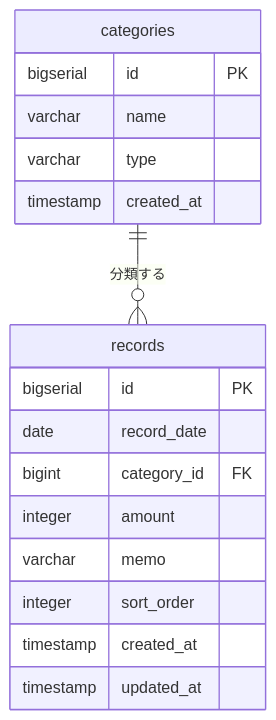
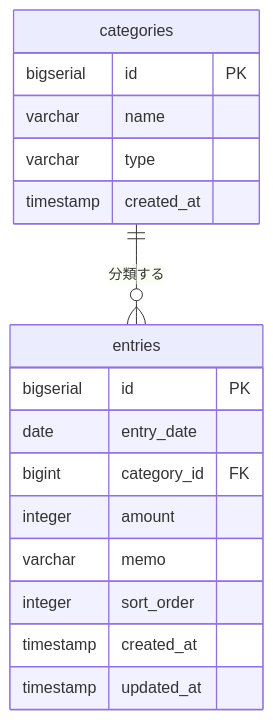
Before and after one commit to tabata-kodai1/kakeibo-app-1: the diagram in docs/database.md, drawn with Mermaid. The commit also changed other lines of this file and 6 other files, not shown here.

````diff
--- a/docs/database.md
+++ b/docs/database.md
@@ -8,21 +8,21 @@
 ```mermaid
 erDiagram
-    categories ||--o{ records : "分類する"
+    categories ||--o{ entries : "分類する"
 
     categories {
         bigserial id PK
         varchar   name
         varchar   type
         timestamp created_at
     }
-    records {
+    entries {
         bigserial id PK
-        date      record_date
+        date      entry_date
         bigint    category_id FK
         integer   amount
         varchar   memo
         integer   sort_order
         timestamp created_at
         timestamp updated_at
     }
 ```
````
